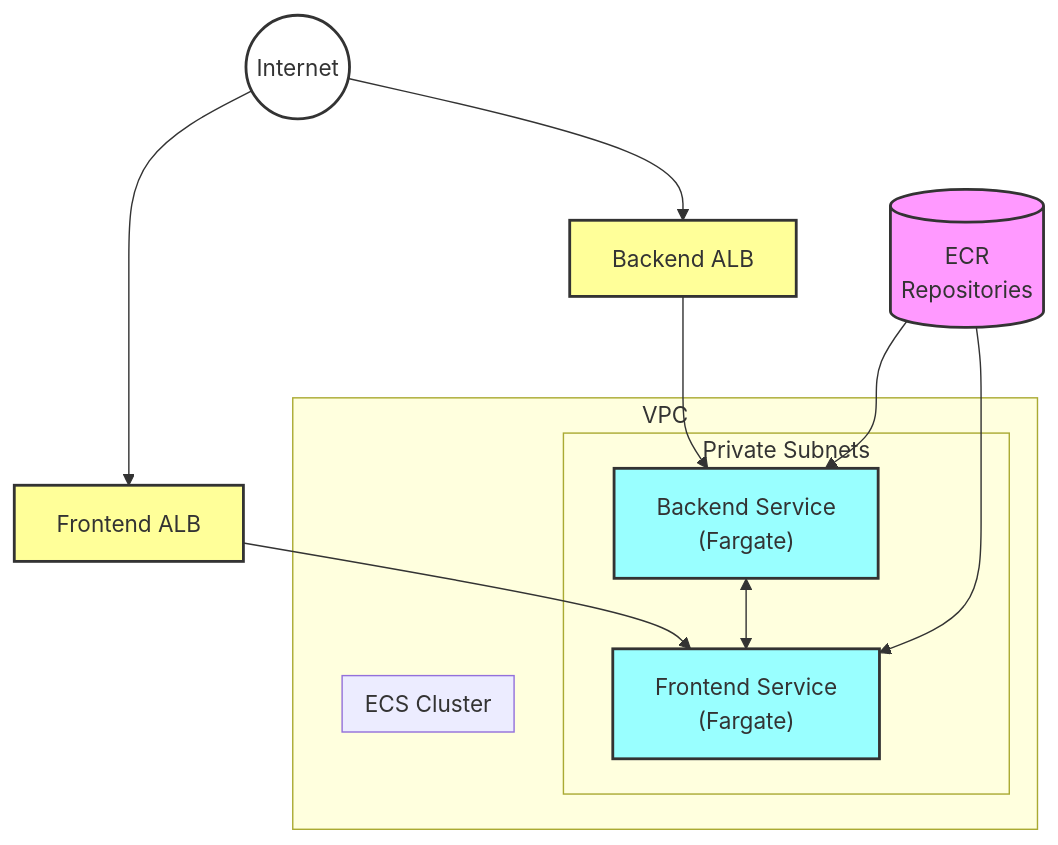
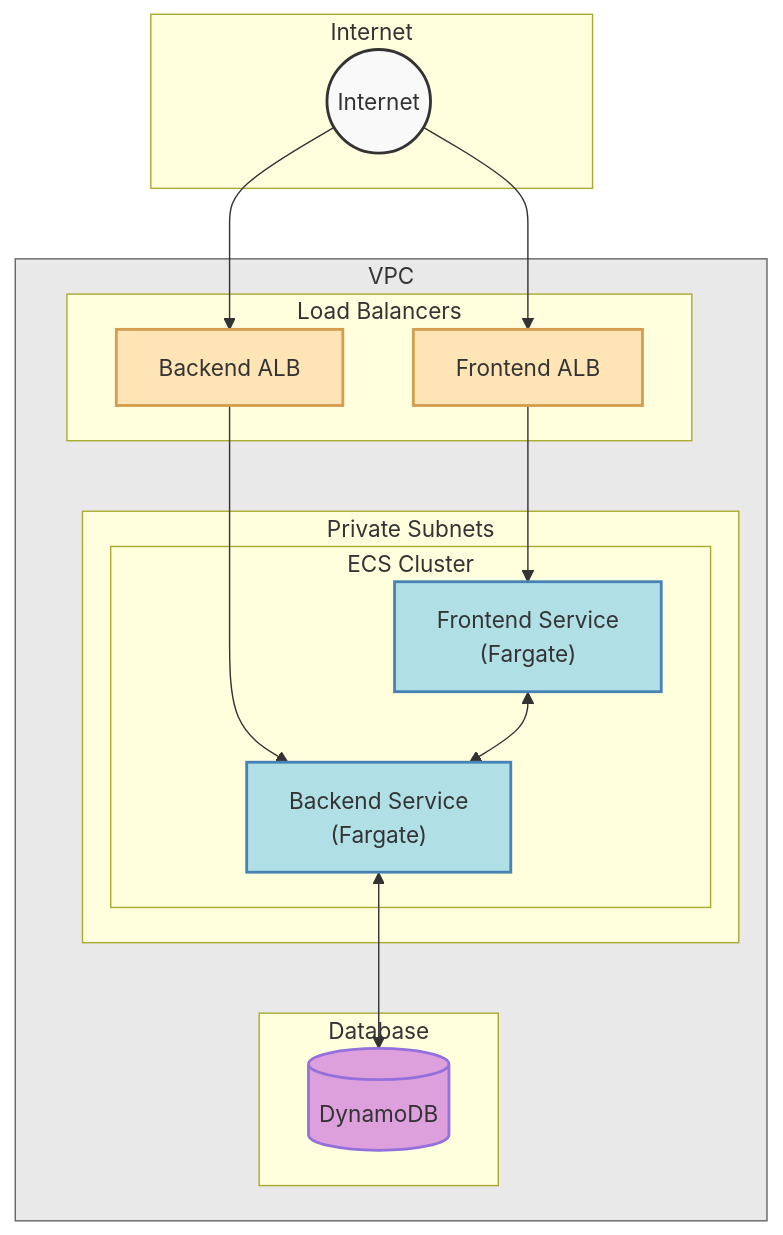
The diagram in README.md (chicken-teriyaki-cup-rice/ecs-animal-classifier-fargate-cdk), drawn with Mermaid before and after one commit.

````diff
--- a/README.md
+++ b/README.md
@@ -15,40 +15,42 @@
 ```mermaid
-graph TB
-    subgraph VPC
-        subgraph "Private Subnets"
-            BE["Backend Service<br/>(Fargate)"]
-            FE["Frontend Service<br/>(Fargate)"]
+flowchart TB
+    subgraph internet["Internet"]
+        client((Internet))
+    end
+
+    subgraph vpc["VPC"]
+        subgraph alb["Load Balancers"]
+            balb["Backend ALB"]
+            falb["Frontend ALB"]
         end
         
-        subgraph "ECS Cluster"
-            BE
-            FE
+        subgraph private["Private Subnets"]
+            subgraph ecs["ECS Cluster"]
+                be["Backend Service\n(Fargate)"]
+                fe["Frontend Service\n(Fargate)"]
+            end
+        end
+
+        subgraph db["Database"]
+            dynamo[("DynamoDB")]
         end
     end
+
+    client --> falb
+    client --> balb
+    falb --> fe
+    balb --> be
+    fe <--> be
+    be <--> dynamo
+
+    classDef default fill:#f9f9f9,stroke:#333,stroke-width:2px
+    classDef vpc fill:#e9e9e9,stroke:#666
+    classDef alb fill:#FFE4B5,stroke:#d49d4f
+    classDef service fill:#B0E0E6,stroke:#4682B4
+    classDef database fill:#DDA0DD,stroke:#9370DB
     
-    Internet((Internet))
-    ECR[(ECR<br/>Repositories)]
-    
-    BE_ALB["Backend ALB"]
-    FE_ALB["Frontend ALB"]
-    
-    Internet --> BE_ALB
-    Internet --> FE_ALB
-    
-    BE_ALB --> BE
-    FE_ALB --> FE
-    
-    BE <--> FE
-    
-    ECR --> BE
-    ECR --> FE
-    
-    classDef default fill:#f9f,stroke:#333,stroke-width:2px;
-    classDef alb fill:#ff9,stroke:#333,stroke-width:2px;
-    classDef service fill:#9ff,stroke:#333,stroke-width:2px;
-    classDef internet fill:#fff,stroke:#333,stroke-width:2px;
-    
-    class BE_ALB,FE_ALB alb;
-    class BE,FE service;
-    class Internet internet;
+    class vpc vpc
+    class balb,falb alb
+    class be,fe service
+    class dynamo database
 ```
````
